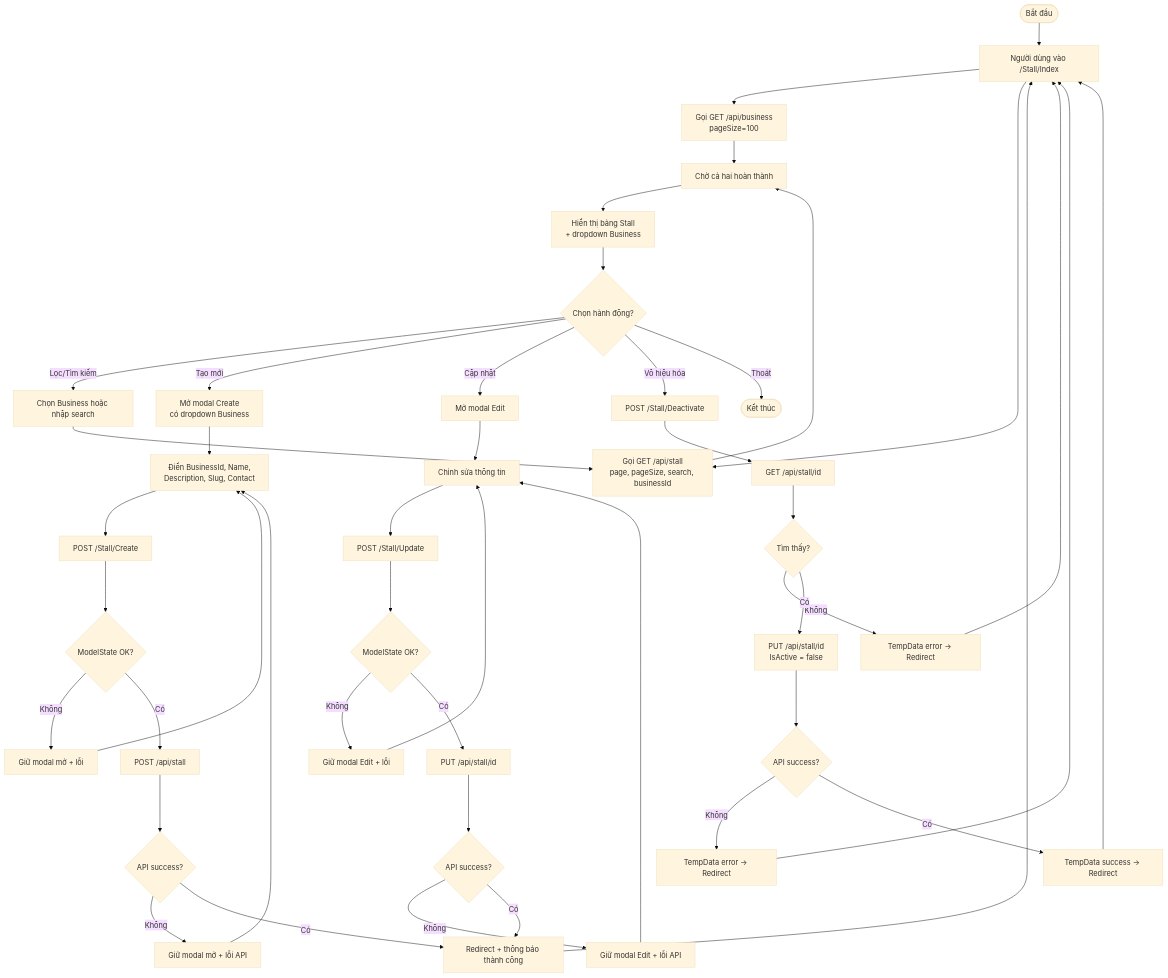
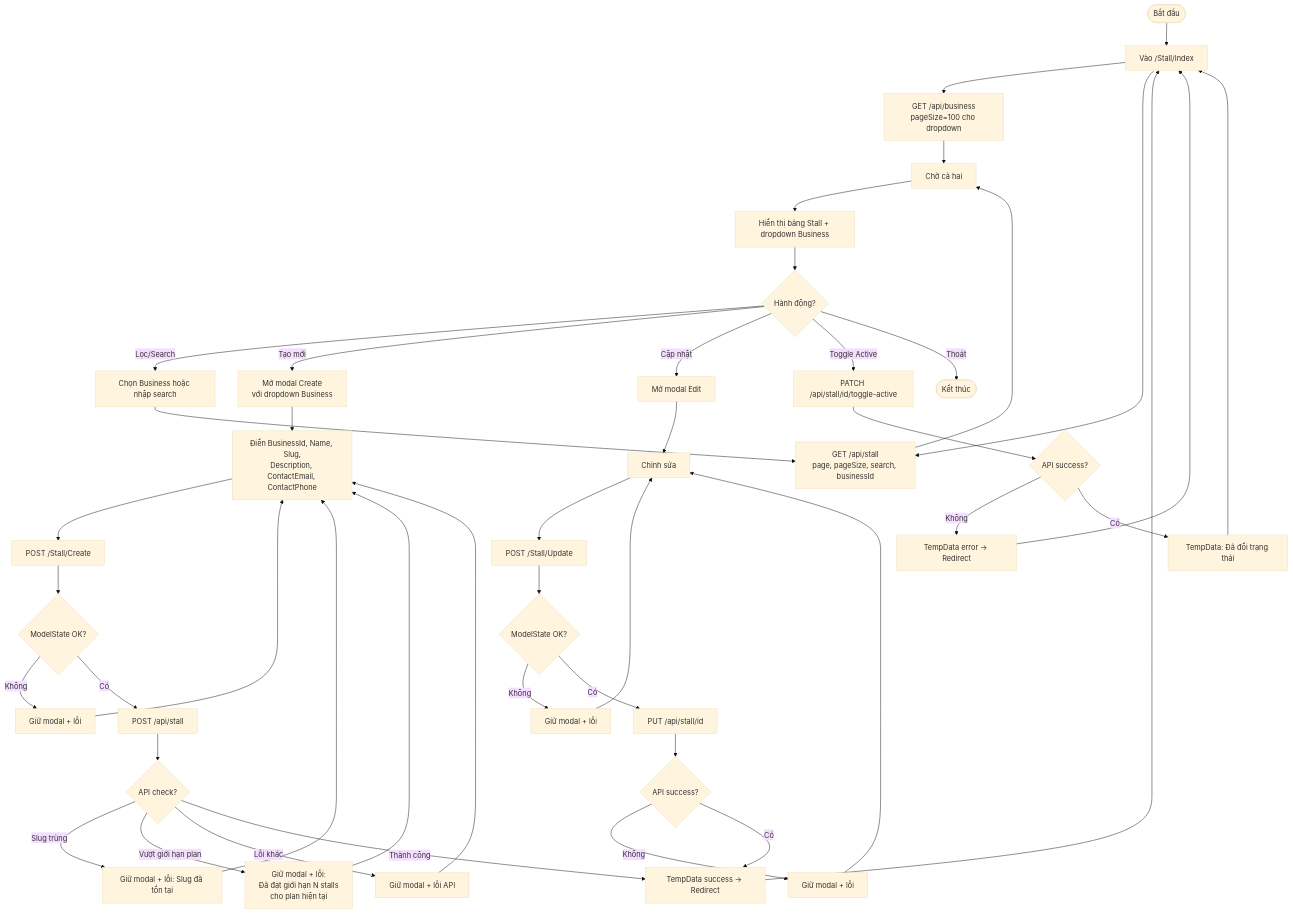
One commit to NguyenAlpha/LocateAndMultilingualNarration changed the fifth of 21 diagrams in Docs/Activity Diagrams – Web Admin.md. Above: the diagram before and after it, drawn with Mermaid (base theme). The commit also changed other lines of this file and 1 other file, not shown here.

Commit message:
Update Mobile API Endpoints Summary with detailed descriptions and JSON response examples for each endpoint

````diff
--- a/Docs/Activity Diagrams – Web Admin.md
+++ b/Docs/Activity Diagrams – Web Admin.md
@@ -136,54 +177,53 @@
 ```mermaid
 flowchart TD
-    A([Bắt đầu]) --> B[Người dùng vào /Stall/Index]
+    A([Bắt đầu]) --> B[Vào /Stall/Index]
 
-    B --> C1[Gọi GET /api/business\npageSize=100]
-    B --> C2[Gọi GET /api/stall\npage, pageSize, search, businessId]
-    C1 --> D[Chờ cả hai hoàn thành]
+    B --> C1[GET /api/business\npageSize=100 cho dropdown]
+    B --> C2[GET /api/stall\npage, pageSize, search, businessId]
+    C1 --> D[Chờ cả hai]
     C2 --> D
-    D --> E[Hiển thị bảng Stall\n+ dropdown Business]
+    D --> E[Hiển thị bảng Stall + dropdown Business]
 
-    E --> F{Chọn hành động?}
+    E --> F{Hành động?}
 
-    F -- Lọc/Tìm kiếm --> G[Chọn Business hoặc nhập search]
+    F -- Lọc/Search --> G[Chọn Business hoặc nhập search]
     G --> C2
 
-    F -- Tạo mới --> H[Mở modal Create\ncó dropdown Business]
-    H --> I[Điền BusinessId, Name,\nDescription, Slug, Contact]
+    F -- Tạo mới --> H[Mở modal Create\nvới dropdown Business]
+    H --> I[Điền BusinessId, Name, Slug,\nDescription, ContactEmail, ContactPhone]
     I --> J[POST /Stall/Create]
     J --> K{ModelState OK?}
-    K -- Không --> L[Giữ modal mở + lỗi]
+    K -- Không --> L[Giữ modal + lỗi]
     L --> I
     K -- Có --> M[POST /api/stall]
-    M --> N{API success?}
-    N -- Không --> O[Giữ modal mở + lỗi API]
+    M --> N{API check?}
+    N -- Slug trùng --> O[Giữ modal + lỗi: Slug đã tồn tại]
+    N -- Vượt giới hạn plan --> P[Giữ modal + lỗi:\nĐã đạt giới hạn N stalls\ncho plan hiện tại]
+    N -- Lỗi khác --> Q[Giữ modal + lỗi API]
     O --> I
-    N -- Có --> P[Redirect + thông báo thành công]
-    P --> B
+    P --> I
+    Q --> I
+    N -- Thành công --> R[TempData success → Redirect]
+    R --> B
 
-    F -- Cập nhật --> Q[Mở modal Edit]
-    Q --> R[Chỉnh sửa thông tin]
-    R --> S[POST /Stall/Update]
-    S --> T{ModelState OK?}
-    T -- Không --> U[Giữ modal Edit + lỗi]
-    U --> R
-    T -- Có --> V[PUT /api/stall/id]
-    V --> W{API success?}
-    W -- Không --> X[Giữ modal Edit + lỗi API]
-    X --> R
-    W -- Có --> P
+    F -- Cập nhật --> S[Mở modal Edit]
+    S --> T[Chỉnh sửa]
+    T --> U[POST /Stall/Update]
+    U --> V{ModelState OK?}
+    V -- Không --> W[Giữ modal + lỗi]
+    W --> T
+    V -- Có --> X[PUT /api/stall/id]
+    X --> Y{API success?}
+    Y -- Không --> Z[Giữ modal + lỗi]
+    Z --> T
+    Y -- Có --> R
 
-    F -- Vô hiệu hóa --> Y[POST /Stall/Deactivate]
-    Y --> Z[GET /api/stall/id]
-    Z --> AA{Tìm thấy?}
-    AA -- Không --> AB[TempData error → Redirect]
-    AB --> B
-    AA -- Có --> AC[PUT /api/stall/id\nIsActive = false]
-    AC --> AD{API success?}
-    AD -- Không --> AE[TempData error → Redirect]
-    AE --> B
-    AD -- Có --> AF[TempData success → Redirect]
-    AF --> B
+    F -- Toggle Active --> AA[PATCH /api/stall/id/toggle-active]
+    AA --> AB{API success?}
+    AB -- Không --> AC[TempData error → Redirect]
+    AB -- Có --> AD[TempData: Đã đổi trạng thái]
+    AC --> B
+    AD --> B
 
-    F -- Thoát --> AG([Kết thúc])
+    F -- Thoát --> AE([Kết thúc])
 ```
````
